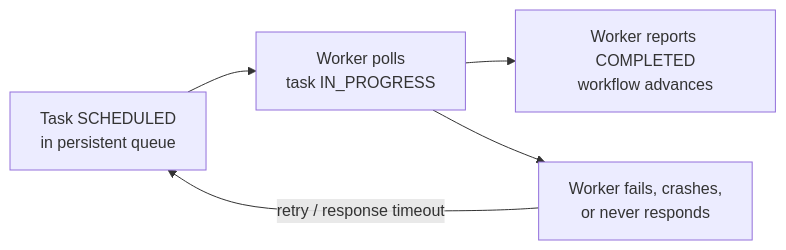
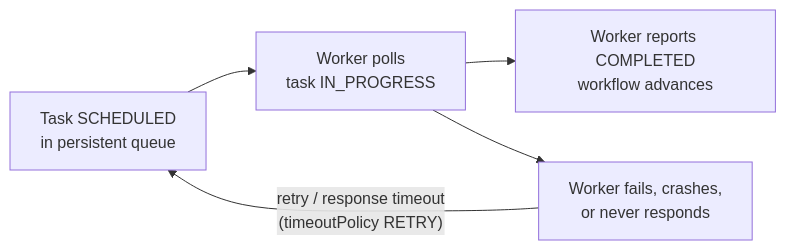
The second of 2 diagrams in docs/architecture/durable-execution.md (conductor-oss/conductor), drawn with Mermaid before and after one commit. The commit also changed other lines of this file and 194 other files, not shown here.

````diff
--- a/docs/architecture/durable-execution.md
+++ b/docs/architecture/durable-execution.md
@@ -46,7 +46,7 @@
 ```mermaid
 flowchart LR
     sched["Task SCHEDULED<br/>in persistent queue"] --> prog["Worker polls<br/>task IN_PROGRESS"]
     prog --> done["Worker reports COMPLETED<br/>workflow advances"]
     prog --> fail["Worker fails, crashes,<br/>or never responds"]
-    fail -- "retry / response timeout" --> sched
+    fail -- "retry / response timeout<br/>(timeoutPolicy RETRY)" --> sched
 ```
````
